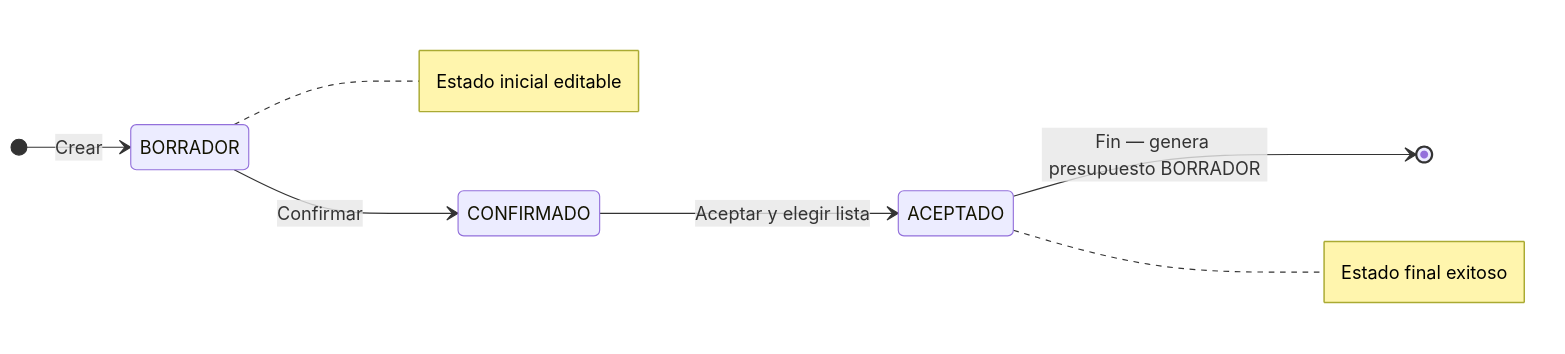
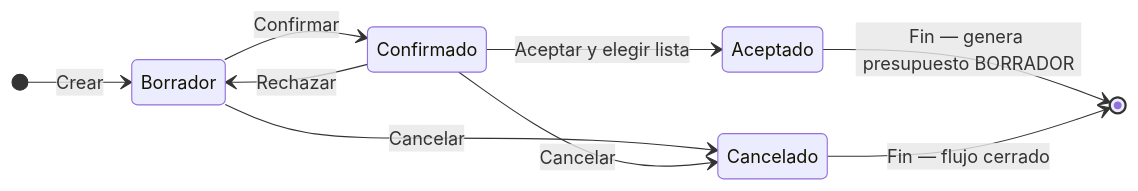
Before and after one commit to Zink-in-Tech/ZiT-ERP_DocsPublica_FE: the diagram in docs/ventas/cotizaciones.md, drawn with Mermaid. The commit also changed other lines of this file and 18 other files, not shown here.

````diff
--- a/docs/ventas/cotizaciones.md
+++ b/docs/ventas/cotizaciones.md
@@ -101,14 +120,12 @@
 ```mermaid
 stateDiagram-v2
   direction LR
-  [*] --> BORRADOR: Crear
-  BORRADOR --> CONFIRMADO: Confirmar
-  CONFIRMADO --> ACEPTADO: Aceptar y elegir lista
-  ACEPTADO --> [*]: Fin — genera presupuesto BORRADOR
-  note right of BORRADOR
-    Estado inicial editable
-  end note
-  note right of ACEPTADO
-    Estado final exitoso
-  end note
+  [*] --> Borrador: Crear
+  Borrador --> Confirmado: Confirmar
+  Confirmado --> Aceptado: Aceptar y elegir lista
+  Aceptado --> [*]: Fin — genera presupuesto BORRADOR
+  Confirmado --> Borrador: Rechazar
+  Borrador --> Cancelado: Cancelar
+  Confirmado --> Cancelado: Cancelar
+  Cancelado --> [*]: Fin — flujo cerrado
 ```
````
